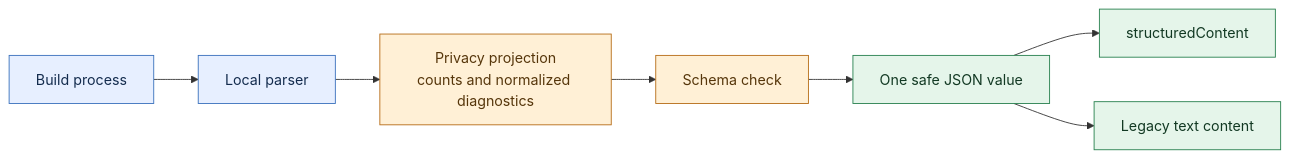
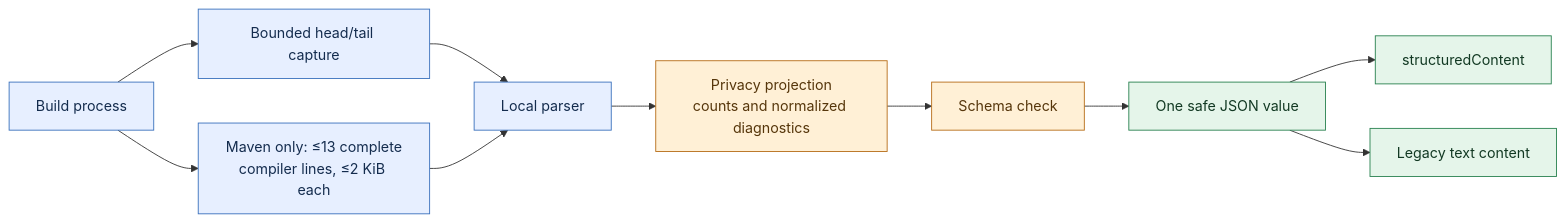
Before and after one commit to thepragmatik/mcp-server-jvm-build-tools: the diagram in docs/reference/structured-build-results.md, drawn with Mermaid. The commit also changed other lines of this file and 19 other files, not shown here.

First line of the commit message:
Preserve Maven compiler diagnostics in large build logs (#246)

````diff
--- a/docs/reference/structured-build-results.md
+++ b/docs/reference/structured-build-results.md
@@ -33,15 +35,18 @@
 ```mermaid
 flowchart LR
-    A[Build process] --> B[Local parser]
+    A[Build process] --> H[Bounded head/tail capture]
+    A --> M["Maven only: ≤13 complete<br/>compiler lines, ≤2 KiB each"]
+    H --> B[Local parser]
+    M --> B
     B --> C[Privacy projection<br/>counts and normalized diagnostics]
     C --> D[Schema check]
     D --> E[One safe JSON value]
     E --> F[structuredContent]
     E --> G[Legacy text content]
     classDef local fill:#e7efff,stroke:#3970bc,color:#142c4e
     classDef boundary fill:#fff0d6,stroke:#b66c16,color:#56360b
     classDef result fill:#e5f5ea,stroke:#27804e,color:#123923
-    class A,B local
+    class A,H,M,B local
     class C,D boundary
     class E,F,G result
 ```
````
